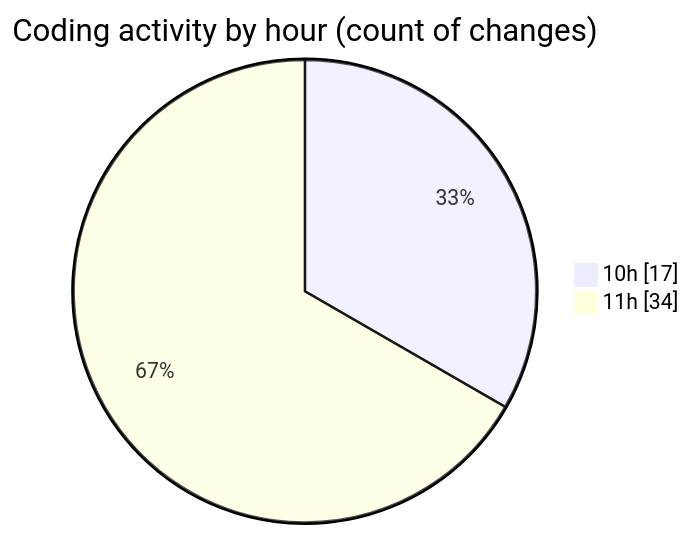
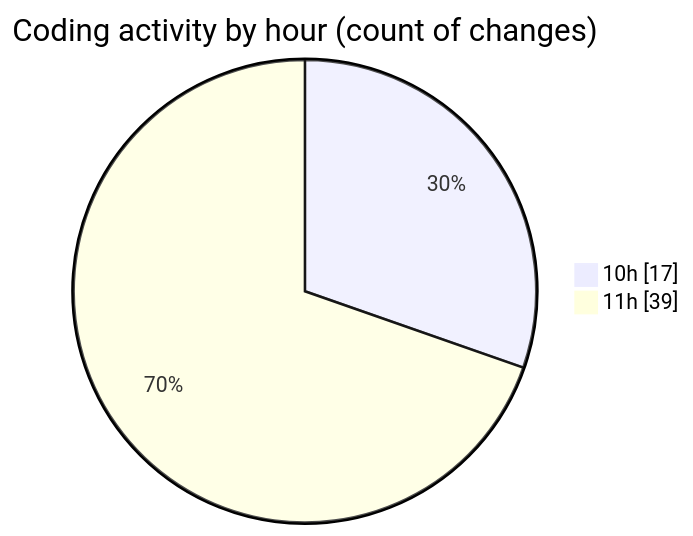
The second of 2 diagrams in 2025-10-06/cda/README.md (momahboobian/code-tracking), drawn with Mermaid before and after one commit. The commit also changed other lines of this file and 1 other file, not shown here.

````diff
--- a/2025-10-06/cda/README.md
+++ b/2025-10-06/cda/README.md
@@ -33,6 +33,6 @@
 ```mermaid
 pie showData
 title Coding activity by hour (count of changes)
 "10h" : 17
-"11h" : 34
+"11h" : 39
 ```
````
